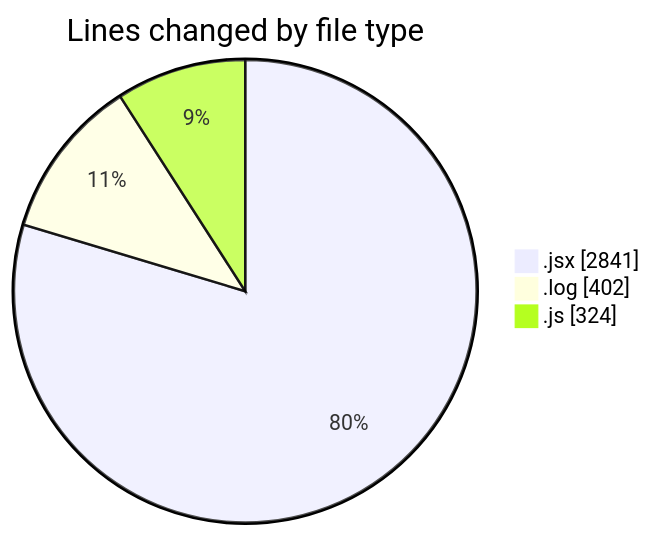
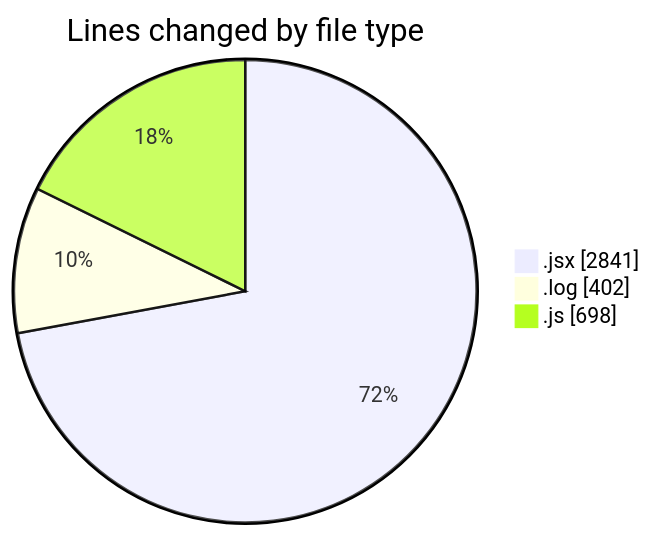
The first of 2 diagrams in 2025-05-02/nxtqube_webapp/README.md (nxtqubesakshisongat/code-tracking), drawn with Mermaid before and after one commit. The commit also changed other lines of this file and 1 other file, not shown here.

````diff
--- a/2025-05-02/nxtqube_webapp/README.md
+++ b/2025-05-02/nxtqube_webapp/README.md
@@ -28,7 +29,7 @@
 ```mermaid
 pie showData
 title Lines changed by file type
 ".jsx" : 2841
 ".log" : 402
-".js" : 324
+".js" : 698
 ```
````
